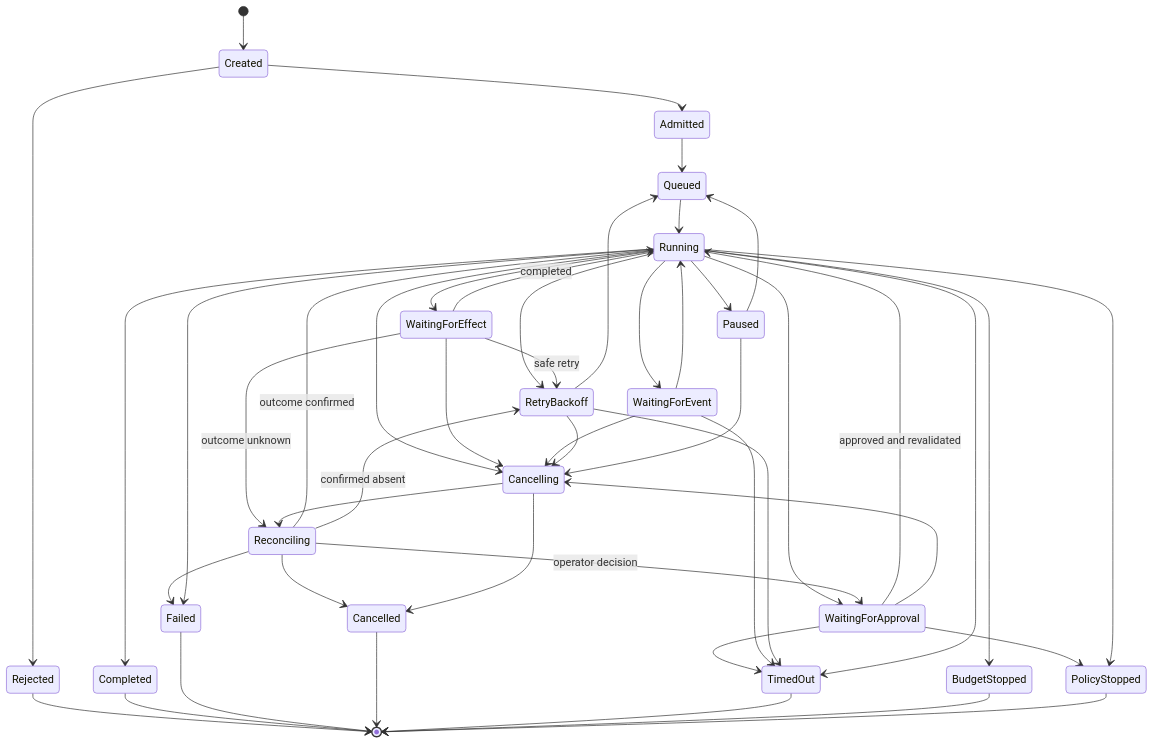
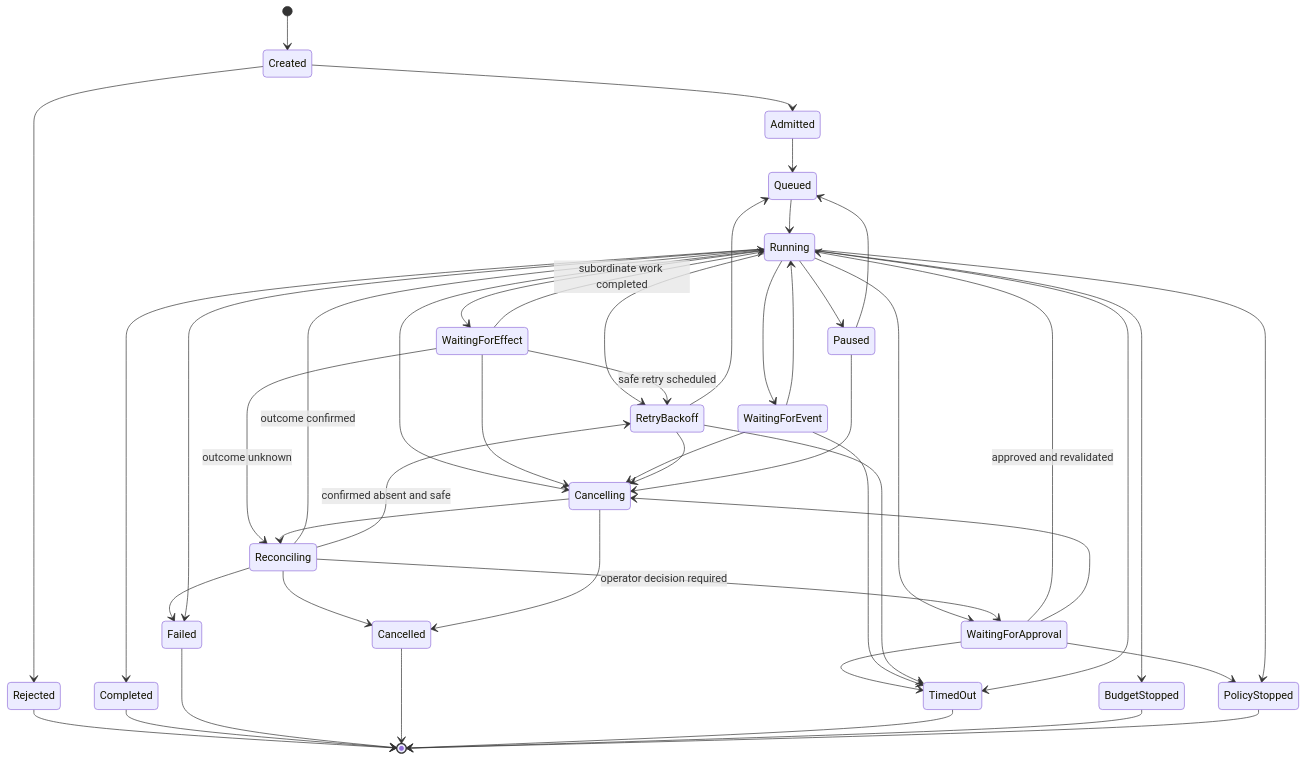
One commit to thaithienvanid/agentic-reference-architecture changed the diagram in specification/runtime.mdx. Above: the diagram before and after it, drawn with Mermaid. The commit also changed other lines of this file, not shown here.

````diff
--- a/specification/runtime.mdx
+++ b/specification/runtime.mdx
@@ -72,58 +166,58 @@
 ```mermaid
 stateDiagram-v2
     [*] --> Created
     Created --> Admitted
     Created --> Rejected
     Admitted --> Queued
     Queued --> Running
 
     Running --> WaitingForEffect
     Running --> WaitingForApproval
     Running --> WaitingForEvent
     Running --> RetryBackoff
     Running --> Paused
     Running --> Cancelling
 
-    WaitingForEffect --> Running: completed
-    WaitingForEffect --> RetryBackoff: safe retry
+    WaitingForEffect --> Running: subordinate work completed
+    WaitingForEffect --> RetryBackoff: safe retry scheduled
     WaitingForEffect --> Reconciling: outcome unknown
     WaitingForEffect --> Cancelling
 
     Reconciling --> Running: outcome confirmed
-    Reconciling --> RetryBackoff: confirmed absent
-    Reconciling --> WaitingForApproval: operator decision
+    Reconciling --> RetryBackoff: confirmed absent and safe
+    Reconciling --> WaitingForApproval: operator decision required
     Reconciling --> Failed
     Reconciling --> Cancelled
 
     WaitingForApproval --> Running: approved and revalidated
     WaitingForApproval --> PolicyStopped
     WaitingForApproval --> TimedOut
     WaitingForApproval --> Cancelling
 
     WaitingForEvent --> Running
     WaitingForEvent --> TimedOut
     WaitingForEvent --> Cancelling
 
     RetryBackoff --> Queued
     RetryBackoff --> TimedOut
     RetryBackoff --> Cancelling
 
     Paused --> Queued
     Paused --> Cancelling
     Cancelling --> Cancelled
     Cancelling --> Reconciling
 
     Running --> Completed
     Running --> Failed
     Running --> TimedOut
     Running --> BudgetStopped
     Running --> PolicyStopped
 
     Rejected --> [*]
     Completed --> [*]
     Failed --> [*]
     Cancelled --> [*]
     TimedOut --> [*]
     BudgetStopped --> [*]
     PolicyStopped --> [*]
 ```
````
